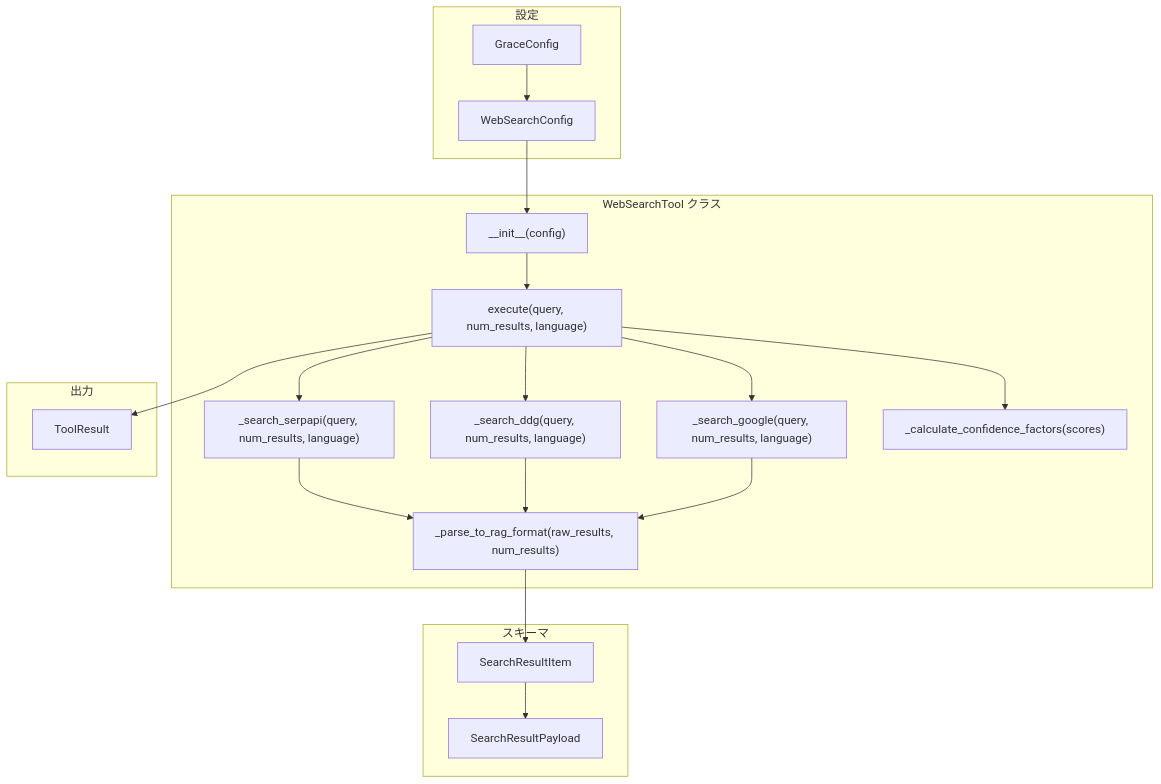
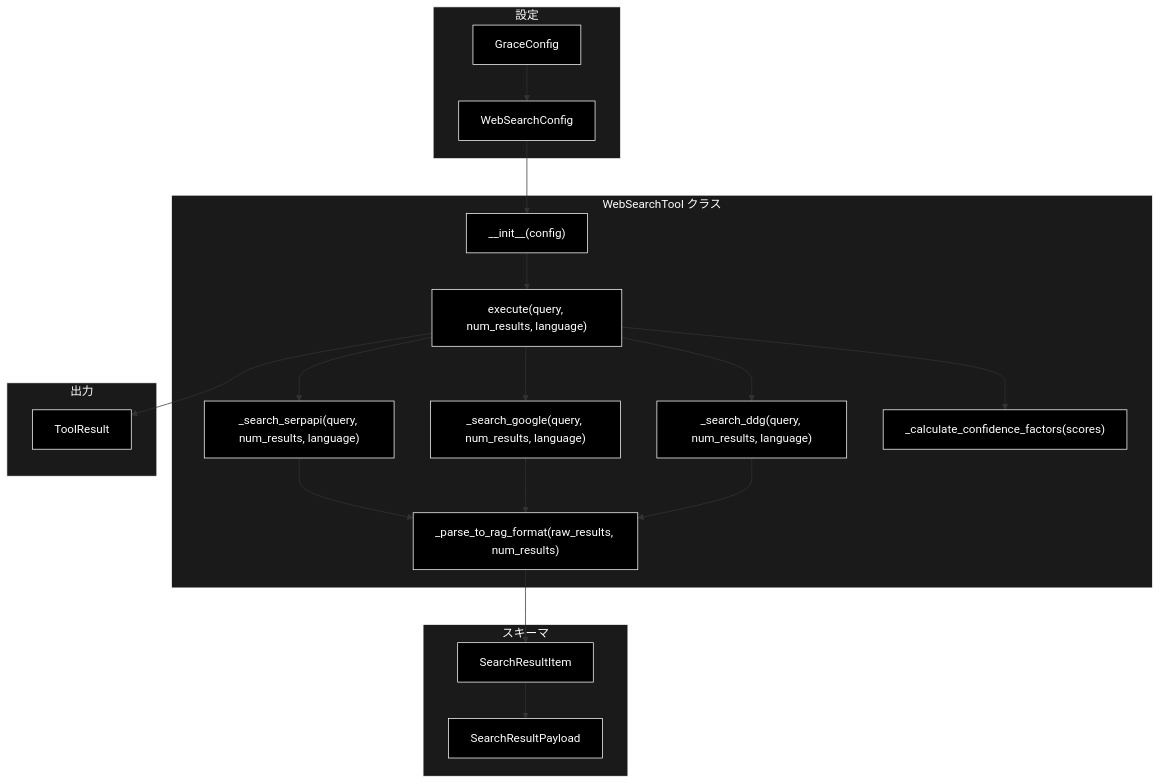
Before and after one commit to nakashima2toshio/anthropic_grace_agent_v2: the second of 3 diagrams in grace/doc/web_search.md, drawn with Mermaid. The commit also changed other lines of this file, not shown here.

First line of the commit message:
docs(grace): web_search.md を最新化（WebSearchTool 実装に整合, v1.1）

````diff
--- a/grace/doc/web_search.md
+++ b/grace/doc/web_search.md
@@ -323,40 +150,47 @@
 ```mermaid
 flowchart TB
     subgraph WEBSEARCH["WebSearchTool クラス"]
         WS_INIT["__init__(config)"]
         WS_EXEC["execute(query, num_results, language)"]
         WS_SERPAPI["_search_serpapi(query, num_results, language)"]
+        WS_GOOGLE["_search_google(query, num_results, language)"]
         WS_DDG["_search_ddg(query, num_results, language)"]
-        WS_GOOGLE["_search_google(query, num_results, language)"]
         WS_PARSE["_parse_to_rag_format(raw_results, num_results)"]
         WS_CONF["_calculate_confidence_factors(scores)"]
     end
 
     subgraph CONFIG["設定"]
         WS_CONFIG["WebSearchConfig"]
         GRACE_CONFIG["GraceConfig"]
     end
 
     subgraph SCHEMA["スキーマ"]
         SRI["SearchResultItem"]
         SRP["SearchResultPayload"]
     end
 
     subgraph OUTPUT["出力"]
         TR["ToolResult"]
     end
 
     GRACE_CONFIG --> WS_CONFIG
     WS_CONFIG --> WS_INIT
     WS_INIT --> WS_EXEC
     WS_EXEC --> WS_SERPAPI
+    WS_EXEC --> WS_GOOGLE
     WS_EXEC --> WS_DDG
-    WS_EXEC --> WS_GOOGLE
     WS_SERPAPI --> WS_PARSE
+    WS_GOOGLE --> WS_PARSE
     WS_DDG --> WS_PARSE
-    WS_GOOGLE --> WS_PARSE
     WS_PARSE --> SRI
     SRI --> SRP
     WS_EXEC --> WS_CONF
     WS_EXEC --> TR
+classDef default fill:#000,stroke:#fff,color:#fff
+classDef subgraphStyle fill:#1a1a1a,stroke:#fff,color:#fff
+class WS_INIT,WS_EXEC,WS_SERPAPI,WS_GOOGLE,WS_DDG,WS_PARSE,WS_CONF,WS_CONFIG,GRACE_CONFIG,SRI,SRP,TR default
+style WEBSEARCH fill:#1a1a1a,stroke:#fff,color:#fff
+style CONFIG fill:#1a1a1a,stroke:#fff,color:#fff
+style SCHEMA fill:#1a1a1a,stroke:#fff,color:#fff
+style OUTPUT fill:#1a1a1a,stroke:#fff,color:#fff
 ```
````
